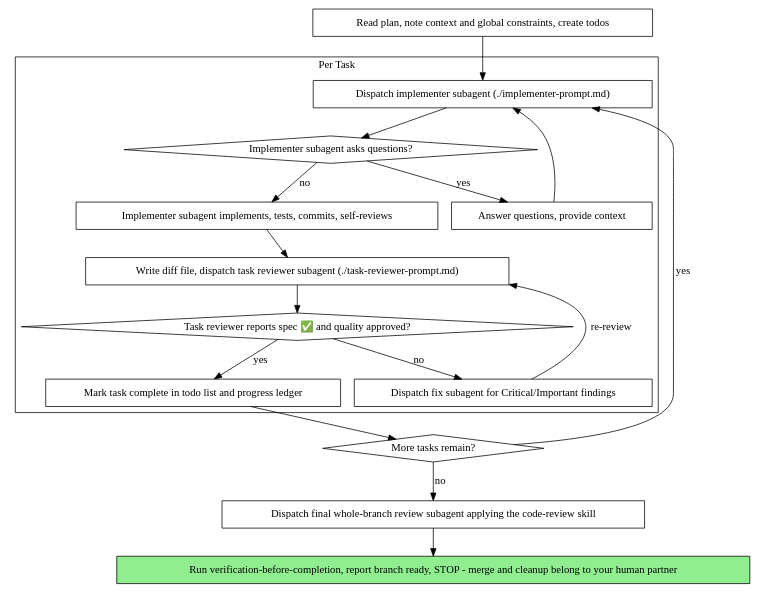
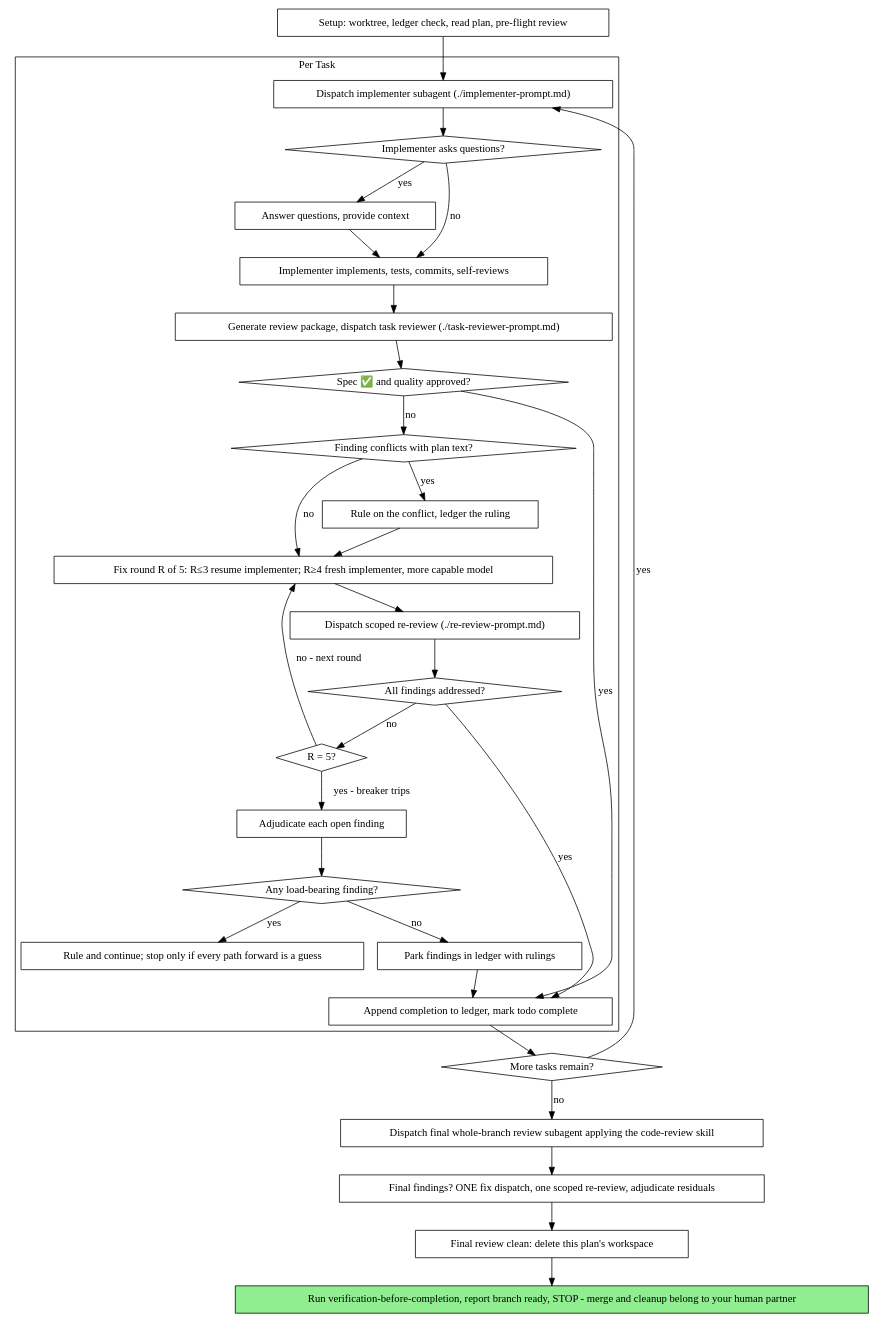
The second of 2 diagrams in skills/subagent-driven-development/SKILL.md (kubamarchwicki/engineering-skills), drawn with Graphviz before and after one commit. The commit also changed other lines of this file and 51 other files, not shown here.

````diff
--- a/skills/subagent-driven-development/SKILL.md
+++ b/skills/subagent-driven-development/SKILL.md
@@ -44,37 +58,62 @@
 ```dot
 digraph process {
     rankdir=TB;
 
     subgraph cluster_per_task {
         label="Per Task";
         "Dispatch implementer subagent (./implementer-prompt.md)" [shape=box];
-        "Implementer subagent asks questions?" [shape=diamond];
+        "Implementer asks questions?" [shape=diamond];
         "Answer questions, provide context" [shape=box];
-        "Implementer subagent implements, tests, commits, self-reviews" [shape=box];
-        "Write diff file, dispatch task reviewer subagent (./task-reviewer-prompt.md)" [shape=box];
-        "Task reviewer reports spec ✅ and quality approved?" [shape=diamond];
-        "Dispatch fix subagent for Critical/Important findings" [shape=box];
-        "Mark task complete in todo list and progress ledger" [shape=box];
+        "Implementer implements, tests, commits, self-reviews" [shape=box];
+        "Generate review package, dispatch task reviewer (./task-reviewer-prompt.md)" [shape=box];
+        "Spec ✅ and quality approved?" [shape=diamond];
+        "Finding conflicts with plan text?" [shape=diamond];
+        "Rule on the conflict, ledger the ruling" [shape=box];
+        "Fix round R of 5: R≤3 resume implementer; R≥4 fresh implementer, more capable model" [shape=box];
+        "Dispatch scoped re-review (./re-review-prompt.md)" [shape=box];
+        "All findings addressed?" [shape=diamond];
+        "R = 5?" [shape=diamond];
+        "Adjudicate each open finding" [shape=box];
+        "Any load-bearing finding?" [shape=diamond];
+        "Rule and continue; stop only if every path forward is a guess" [shape=box];
+        "Park findings in ledger with rulings" [shape=box];
+        "Append completion to ledger, mark todo complete" [shape=box];
     }
 
-    "Read plan, note context and global constraints, create todos" [shape=box];
+    "Setup: worktree, ledger check, read plan, pre-flight review" [shape=box];
     "More tasks remain?" [shape=diamond];
     "Dispatch final whole-branch review subagent applying the code-review skill" [shape=box];
+    "Final findings? ONE fix dispatch, one scoped re-review, adjudicate residuals" [shape=box];
+    "Final review clean: delete this plan's workspace" [shape=box];
     "Run verification-before-completion, report branch ready, STOP - merge and cleanup belong to your human partner" [shape=box style=filled fillcolor=lightgreen];
 
-    "Read plan, note context and global constraints, create todos" -> "Dispatch implementer subagent (./implementer-prompt.md)";
-    "Dispatch implementer subagent (./implementer-prompt.md)" -> "Implementer subagent asks questions?";
-    "Implementer subagent asks questions?" -> "Answer questions, provide context" [label="yes"];
-    "Answer questions, provide context" -> "Dispatch implementer subagent (./implementer-prompt.md)";
-    "Implementer subagent asks questions?" -> "Implementer subagent implements, tests, commits, self-reviews" [label="no"];
-    "Implementer subagent implements, tests, commits, self-reviews" -> "Write diff file, dispatch task reviewer subagent (./task-reviewer-prompt.md)";
-    "Write diff file, dispatch task reviewer subagent (./task-reviewer-prompt.md)" -> "Task reviewer reports spec ✅ and quality approved?";
-    "Task reviewer reports spec ✅ and quality approved?" -> "Dispatch fix subagent for Critical/Important findings" [label="no"];
-    "Dispatch fix subagent for Critical/Important findings" -> "Write diff file, dispatch task reviewer subagent (./task-reviewer-prompt.md)" [label="re-review"];
-    "Task reviewer reports spec ✅ and quality approved?" -> "Mark task complete in todo list and progress ledger" [label="yes"];
-    "Mark task complete in todo list and progress ledger" -> "More tasks remain?";
+    "Setup: worktree, ledger check, read plan, pre-flight review" -> "Dispatch implementer subagent (./implementer-prompt.md)";
+    "Dispatch implementer subagent (./implementer-prompt.md)" -> "Implementer asks questions?";
+    "Implementer asks questions?" -> "Answer questions, provide context" [label="yes"];
+    "Answer questions, provide context" -> "Implementer implements, tests, commits, self-reviews";
+    "Implementer asks questions?" -> "Implementer implements, tests, commits, self-reviews" [label="no"];
+    "Implementer implements, tests, commits, self-reviews" -> "Generate review package, dispatch task reviewer (./task-reviewer-prompt.md)";
+    "Generate review package, dispatch task reviewer (./task-reviewer-prompt.md)" -> "Spec ✅ and quality approved?";
+    "Spec ✅ and quality approved?" -> "Append completion to ledger, mark todo complete" [label="yes"];
+    "Spec ✅ and quality approved?" -> "Finding conflicts with plan text?" [label="no"];
+    "Finding conflicts with plan text?" -> "Rule on the conflict, ledger the ruling" [label="yes"];
+    "Rule on the conflict, ledger the ruling" -> "Fix round R of 5: R≤3 resume implementer; R≥4 fresh implementer, more capable model";
+    "Finding conflicts with plan text?" -> "Fix round R of 5: R≤3 resume implementer; R≥4 fresh implementer, more capable model" [label="no"];
+    "Fix round R of 5: R≤3 resume implementer; R≥4 fresh implementer, more capable model" -> "Dispatch scoped re-review (./re-review-prompt.md)";
+    "Dispatch scoped re-review (./re-review-prompt.md)" -> "All findings addressed?";
+    "All findings addressed?" -> "Append completion to ledger, mark todo complete" [label="yes"];
+    "All findings addressed?" -> "R = 5?" [label="no"];
+    "R = 5?" -> "Fix round R of 5: R≤3 resume implementer; R≥4 fresh implementer, more capable model" [label="no - next round"];
+    "R = 5?" -> "Adjudicate each open finding" [label="yes - breaker trips"];
+    "Adjudicate each open finding" -> "Any load-bearing finding?";
+    "Any load-bearing finding?" -> "Rule and continue; stop only if every path forward is a guess" [label="yes"];
+    "Any load-bearing finding?" -> "Park findings in ledger with rulings" [label="no"];
+    "Park findings in ledger with rulings" -> "Append completion to ledger, mark todo complete";
+    "Append completion to ledger, mark todo complete" -> "More tasks remain?";
     "More tasks remain?" -> "Dispatch implementer subagent (./implementer-prompt.md)" [label="yes"];
     "More tasks remain?" -> "Dispatch final whole-branch review subagent applying the code-review skill" [label="no"];
-    "Dispatch final whole-branch review subagent applying the code-review skill" -> "Run verification-before-completion, report branch ready, STOP - merge and cleanup belong to your human partner";
+    "Dispatch final whole-branch review subagent applying the code-review skill" -> "Final findings? ONE fix dispatch, one scoped re-review, adjudicate residuals";
+    "Final findings? ONE fix dispatch, one scoped re-review, adjudicate residuals" -> "Final review clean: delete this plan's workspace";
+    "Final review clean: delete this plan's workspace" -> "Run verification-before-completion, report branch ready, STOP - merge and cleanup belong to your human partner";
 }
 ```
````
